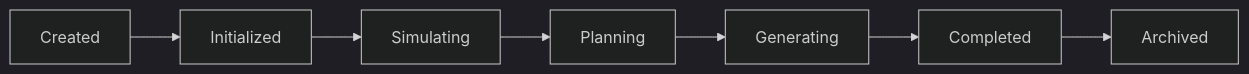
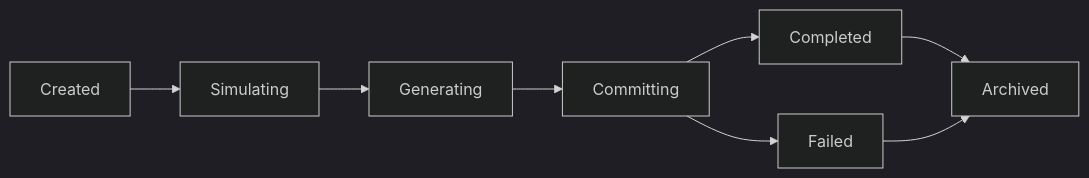
One commit to yueseyeyu/ai-narrative-rpg-engine changed the second of 3 diagrams in docs/02_Architecture/Runtime_Architecture_Blueprint.md. Above: the diagram before and after it, drawn with Mermaid (dark theme). The commit also changed other lines of this file and 43 other files, not shown here.

Commit message:
feat: Architecture Baseline v1.0 Frozen + MVP-0 Validation (4/4 contract tests passing)

````diff
--- a/docs/02_Architecture/Runtime_Architecture_Blueprint.md
+++ b/docs/02_Architecture/Runtime_Architecture_Blueprint.md
@@ -126,9 +141,10 @@
 ```mermaid
 flowchart LR
-    A[Created] --> B[Initialized]
-    B --> C[Simulating]
-    C --> D[Planning]
-    D --> E[Generating]
-    E --> F[Completed]
-    F --> G[Archived]
+    A[Created] --> B[Simulating]
+    B --> C[Generating]
+    C --> D[Committing]
+    D --> E[Completed]
+    D --> F[Failed]
+    E --> G[Archived]
+    F --> G
 ```
````
